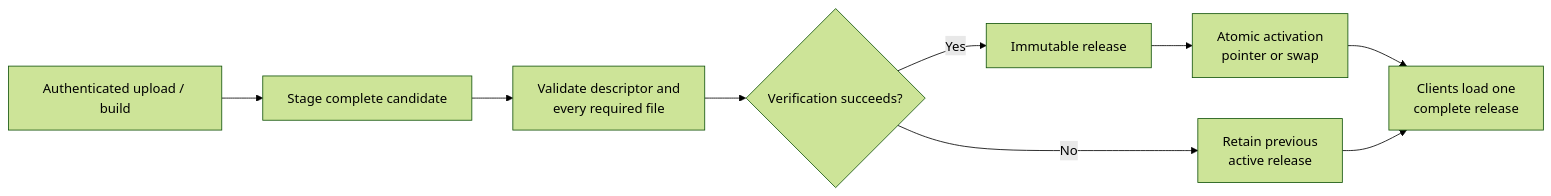
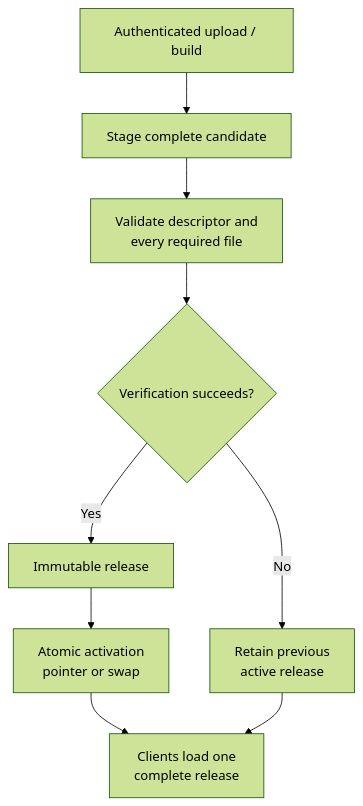
The diagram in systems/publishing/overview.md (cubacadabra/docs), drawn with Mermaid (forest theme) before and after one commit. The commit also changed 11 other files, not shown here.

````diff
--- a/systems/publishing/overview.md
+++ b/systems/publishing/overview.md
@@ -26,15 +26,15 @@
 ```mermaid
-flowchart LR
+flowchart TB
     Build["Authenticated upload / build"]
     Stage["Stage complete candidate"]
     Verify["Validate descriptor and<br/>every required file"]
     Complete{"Verification succeeds?"}
     Release["Immutable release"]
     Activate["Atomic activation<br/>pointer or swap"]
     Clients["Clients load one<br/>complete release"]
     Previous["Retain previous<br/>active release"]
 
     Build --> Stage --> Verify --> Complete
     Complete -->|"Yes"| Release --> Activate --> Clients
     Complete -->|"No"| Previous --> Clients
 ```
````
